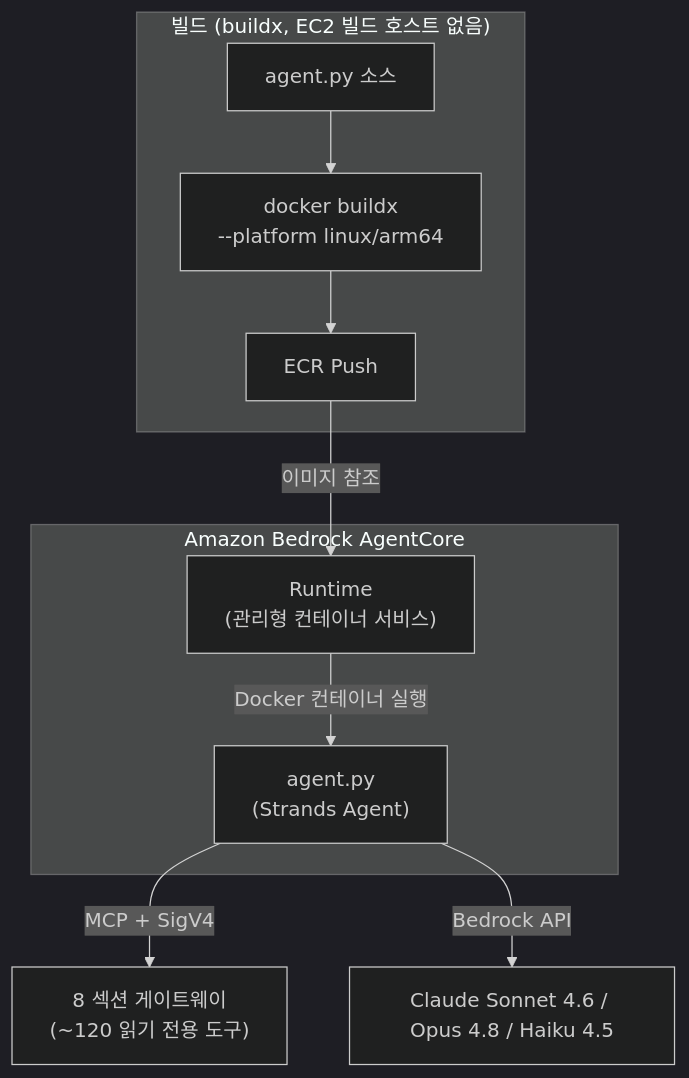
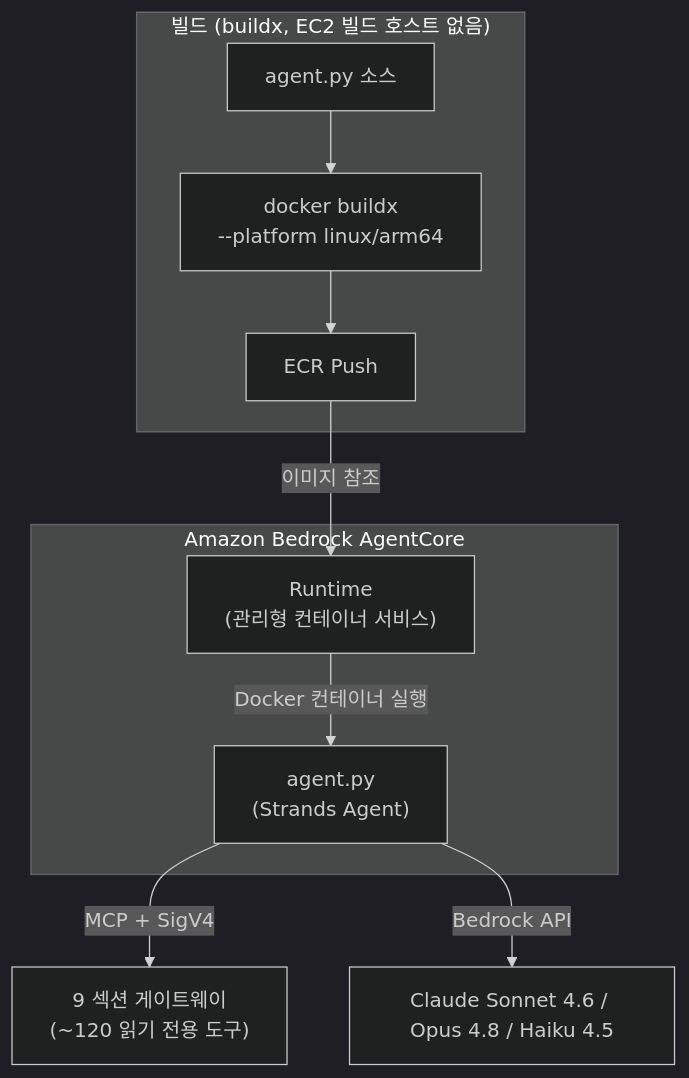
One commit to Atom-oh/awsops changed the second of 7 diagrams in docs-site/docs/faq/agentcore-memory.md. Above: the diagram before and after it, drawn with Mermaid (dark theme). The commit also changed other lines of this file and 28 other files, not shown here.

````diff
--- a/docs-site/docs/faq/agentcore-memory.md
+++ b/docs-site/docs/faq/agentcore-memory.md
@@ -40,17 +40,17 @@
 ```mermaid
 flowchart TD
   subgraph AC["Amazon Bedrock AgentCore"]
     RT["Runtime<br/>(관리형 컨테이너 서비스)"]
     RT -->|"Docker 컨테이너 실행"| AGENT["agent.py<br/>(Strands Agent)"]
   end
 
   subgraph BUILD["빌드 (buildx, EC2 빌드 호스트 없음)"]
     SRC["agent.py 소스"] --> DOCKER["docker buildx<br/>--platform linux/arm64"]
     DOCKER --> ECR["ECR Push"]
   end
 
   ECR -->|"이미지 참조"| RT
 
-  AGENT -->|"MCP + SigV4"| GW["8 섹션 게이트웨이<br/>(~120 읽기 전용 도구)"]
+  AGENT -->|"MCP + SigV4"| GW["9 섹션 게이트웨이<br/>(~120 읽기 전용 도구)"]
   AGENT -->|"Bedrock API"| MODEL["Claude Sonnet 4.6 / Opus 4.8 / Haiku 4.5"]
 ```
````
